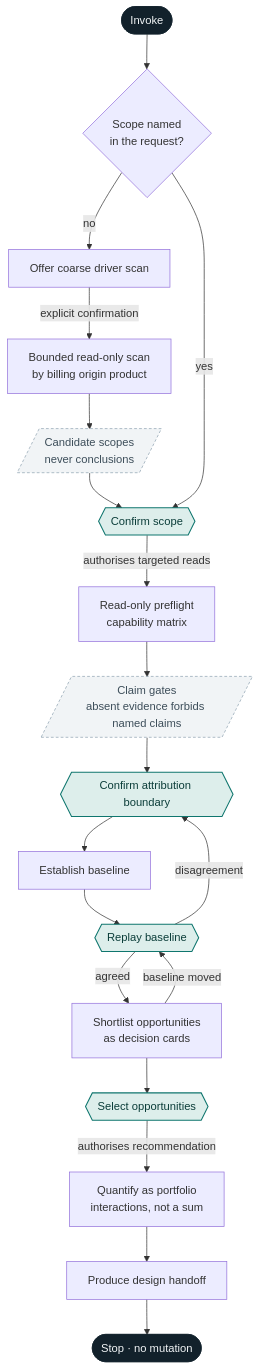
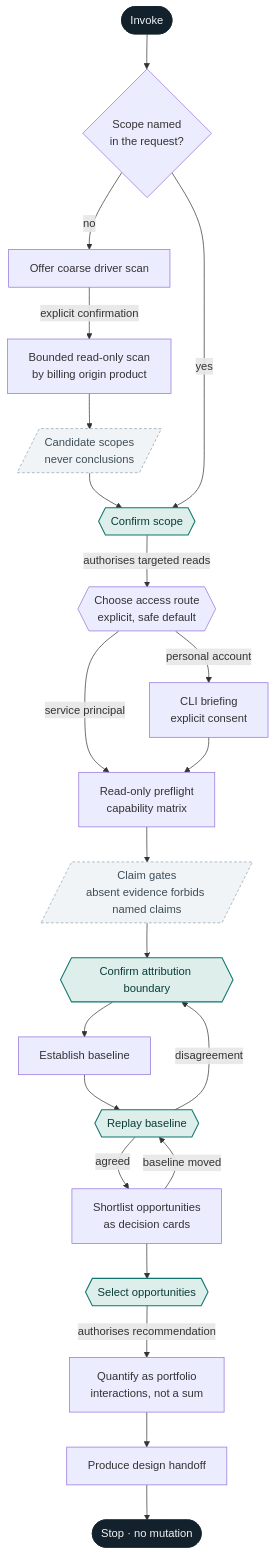
Before and after one commit to CauchyIO/ducat: the first of 2 diagrams in SKILL.md, drawn with Mermaid. The commit also changed other lines of this file and 1 other file, not shown here.

````diff
--- a/SKILL.md
+++ b/SKILL.md
@@ -48,30 +48,33 @@
 ```mermaid
 flowchart TD
   START([Invoke]) --> Q{Scope named<br/>in the request?}
 
   Q -->|no| OFFER[Offer coarse driver scan]
   OFFER -->|explicit confirmation| SCAN[Bounded read-only scan<br/>by billing origin product]
   SCAN --> CAND[/Candidate scopes<br/>never conclusions/]
   CAND --> GATE
 
   Q -->|yes| GATE{{Confirm scope}}
-  GATE -->|authorises targeted reads| PRE[Read-only preflight<br/>capability matrix]
+  GATE -->|authorises targeted reads| ROUTE{{Choose access route<br/>explicit, safe default}}
+  ROUTE -->|service principal| PRE[Read-only preflight<br/>capability matrix]
+  ROUTE -->|personal account| BRIEF[CLI briefing<br/>explicit consent]
+  BRIEF --> PRE
   PRE --> CLAIM[/Claim gates<br/>absent evidence forbids named claims/]
   CLAIM --> ATTR{{Confirm attribution boundary}}
   ATTR --> BASE[Establish baseline]
   BASE --> REPLAY{{Replay baseline}}
   REPLAY -->|disagreement| ATTR
   REPLAY -->|agreed| SHORT[Shortlist opportunities<br/>as decision cards]
   SHORT -->|baseline moved| REPLAY
   SHORT --> SEL{{Select opportunities}}
   SEL -->|authorises recommendation| PORT[Quantify as portfolio<br/>interactions, not a sum]
   PORT --> HAND[Produce design handoff]
   HAND --> STOP([Stop · no mutation])
 
   classDef gate fill:#DDEEEB,stroke:#0F766E,stroke-width:1.5px,color:#0B3D39;
   classDef term fill:#12212B,stroke:#12212B,color:#F1F4F6;
   classDef note fill:#F1F4F6,stroke:#8FA3B0,stroke-dasharray:4 3,color:#3D4E5A;
   class GATE,ATTR,REPLAY,SEL gate;
   class START,STOP term;
   class CAND,CLAIM note;
 ```
````
